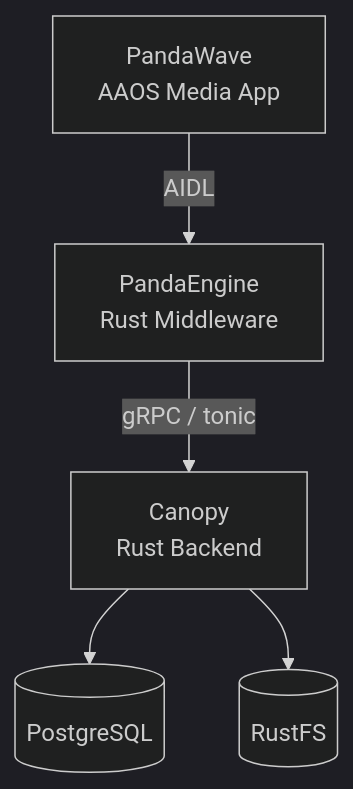
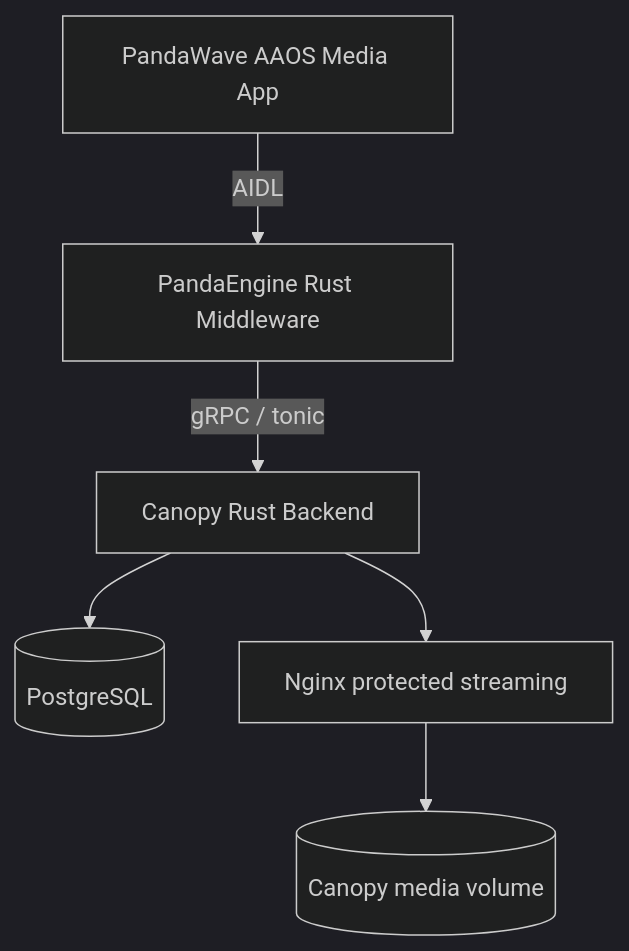
One commit to adrianrusu16/Canopy changed the first of 7 diagrams in README.md. Above: the diagram before and after it, drawn with Mermaid (dark theme). The commit also changed other lines of this file and 20 other files, not shown here.

````diff
--- a/README.md
+++ b/README.md
@@ -31,18 +39,15 @@
 ```mermaid
 flowchart TD
-
-    PW[PandaWave<br/>AAOS Media App]
-
-    PE[PandaEngine<br/>Rust Middleware]
-
-    CAN[Canopy<br/>Rust Backend]
-
+    PW[PandaWave AAOS Media App]
+    PE[PandaEngine Rust Middleware]
+    CAN[Canopy Rust Backend]
     DB[(PostgreSQL)]
-    FS[(RustFS)]
+    NGINX[Nginx protected streaming]
+    MEDIA[(Canopy media volume)]
 
     PW -->|AIDL| PE
     PE -->|gRPC / tonic| CAN
-
     CAN --> DB
-    CAN --> FS
+    CAN --> NGINX
+    NGINX --> MEDIA
 ```
````
